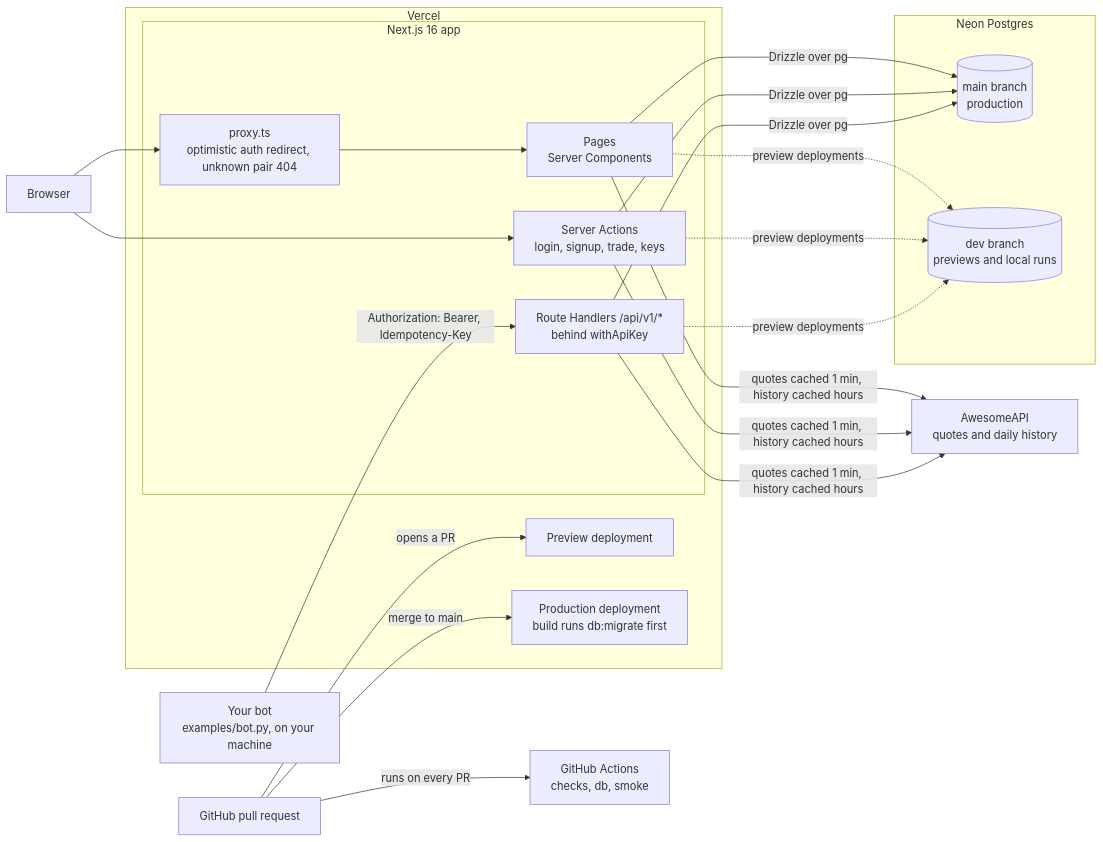
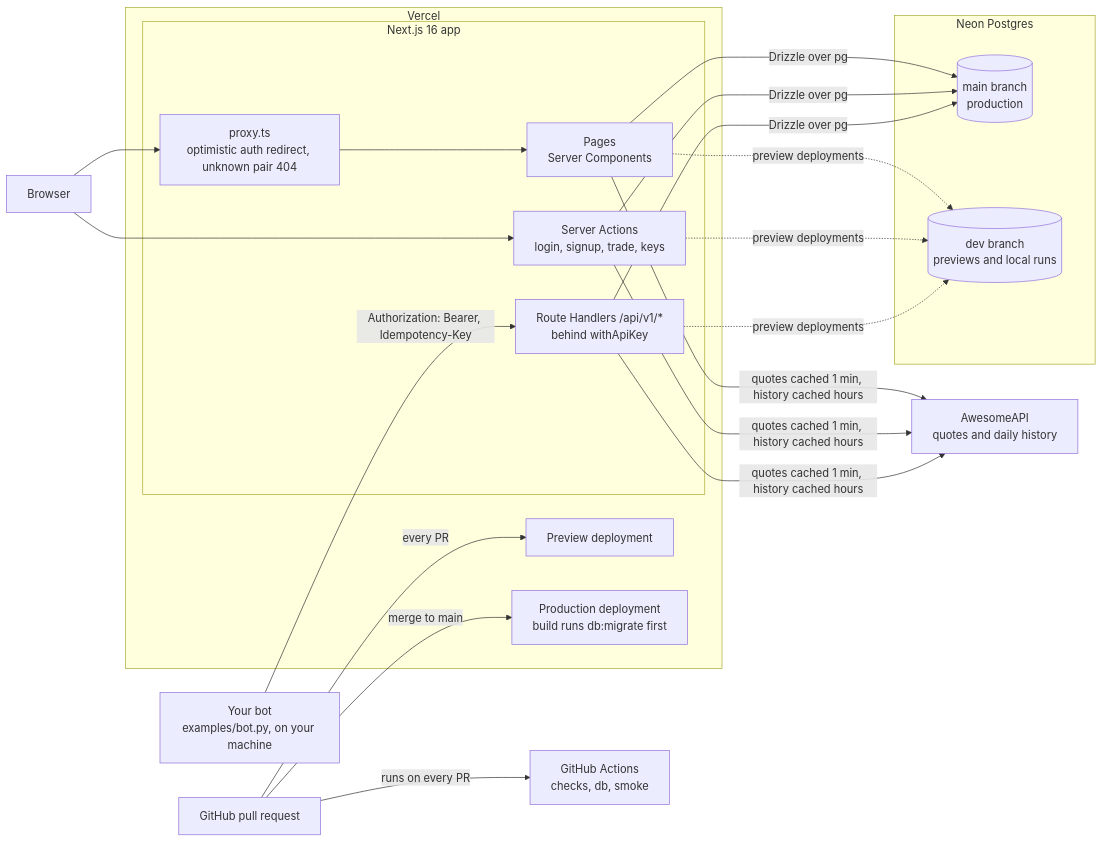
Before and after one commit to FelipeEckert/NextJS-training: the first of 2 diagrams in README.md, drawn with Mermaid. The commit also changed 1 other file, not shown here.

Commit message:
docs: point the smoke-test answer at PR #17 and clarify a diagram label

````diff
--- a/README.md
+++ b/README.md
@@ -39,34 +39,34 @@
 ```mermaid
 flowchart LR
     browser["Browser"]
     bot["Your bot<br/>examples/bot.py, on your machine"]
     gh["GitHub pull request"]
     awesome["AwesomeAPI<br/>quotes and daily history"]
     gha["GitHub Actions<br/>checks, db, smoke"]
 
     subgraph vercel["Vercel"]
         subgraph nextjs["Next.js 16 app"]
             proxy["proxy.ts<br/>optimistic auth redirect, unknown pair 404"]
             pages["Pages<br/>Server Components"]
             actions["Server Actions<br/>login, signup, trade, keys"]
             api["Route Handlers /api/v1/*<br/>behind withApiKey"]
         end
         preview["Preview deployment"]
         prod["Production deployment<br/>build runs db:migrate first"]
     end
 
     subgraph neon["Neon Postgres"]
         main[("main branch<br/>production")]
         dev[("dev branch<br/>previews and local runs")]
     end
 
     browser --> proxy --> pages
     browser --> actions
     bot -->|"Authorization: Bearer, Idempotency-Key"| api
     pages & actions & api -->|"quotes cached 1 min, history cached hours"| awesome
     pages & actions & api -->|"Drizzle over pg"| main
     pages & actions & api -.->|"preview deployments"| dev
     gh -->|"runs on every PR"| gha
-    gh -->|"opens a PR"| preview
+    gh -->|"every PR"| preview
     gh -->|"merge to main"| prod
 ```
````
